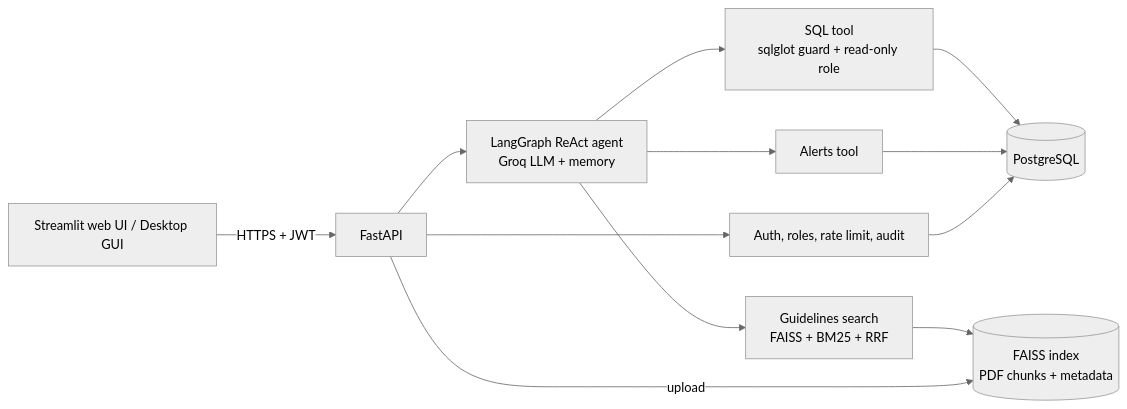
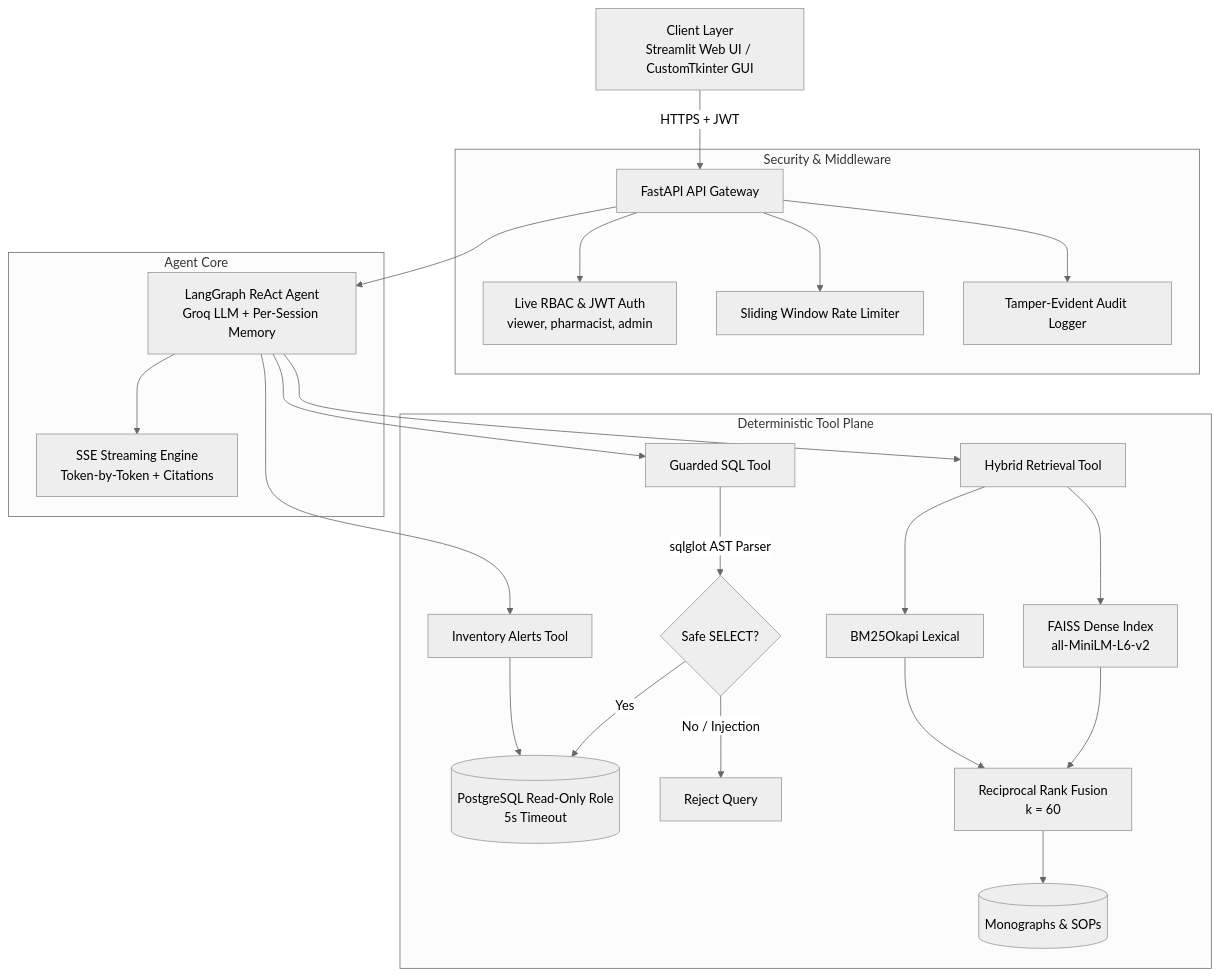
The diagram in README.md (Ahmed151-badawy/pharma_Ai_Agent), drawn with Mermaid (neutral theme) before and after one commit. The commit also changed other lines of this file, not shown here.

````diff
--- a/README.md
+++ b/README.md
@@ -45,14 +50,32 @@
 ```mermaid
-flowchart LR
-    UI[Streamlit web UI / Desktop GUI] -- HTTPS + JWT --> API[FastAPI]
-    API --> AUTH[Auth, roles, rate limit, audit]
-    API --> AGENT[LangGraph ReAct agent<br/>Groq LLM + memory]
-    AGENT --> T1[SQL tool<br/>sqlglot guard + read-only role]
-    AGENT --> T2[Guidelines search<br/>FAISS + BM25 + RRF]
-    AGENT --> T3[Alerts tool]
-    T1 --> PG[(PostgreSQL)]
-    T3 --> PG
-    AUTH --> PG
-    T2 --> IDX[(FAISS index<br/>PDF chunks + metadata)]
-    API -- upload --> IDX
+flowchart TD
+    Client[Client Layer<br/>Streamlit Web UI / CustomTkinter GUI] -->|HTTPS + JWT| Gateway[FastAPI API Gateway]
+
+    subgraph Security & Middleware
+        Gateway --> Auth[Live RBAC & JWT Auth<br/>viewer, pharmacist, admin]
+        Gateway --> RateLimit[Sliding Window Rate Limiter]
+        Gateway --> Audit[Tamper-Evident Audit Logger]
+    end
+
+    subgraph Agent Core
+        Gateway --> Agent[LangGraph ReAct Agent<br/>Groq LLM + Per-Session Memory]
+        Agent --> SSE[SSE Streaming Engine<br/>Token-by-Token + Citations]
+    end
+
+    subgraph Deterministic Tool Plane
+        Agent --> T1[Guarded SQL Tool]
+        Agent --> T2[Hybrid Retrieval Tool]
+        Agent --> T3[Inventory Alerts Tool]
+
+        T1 -->|sqlglot AST Parser| Guard{Safe SELECT?}
+        Guard -->|Yes| PG_RO[(PostgreSQL Read-Only Role<br/>5s Timeout)]
+        Guard -->|No / Injection| Rej[Reject Query]
+
+        T2 --> Dense[FAISS Dense Index<br/>all-MiniLM-L6-v2]
+        T2 --> Sparse[BM25Okapi Lexical]
+        Dense & Sparse --> RRF[Reciprocal Rank Fusion<br/>k = 60]
+        RRF --> Docs[(Monographs & SOPs)]
+
+        T3 --> PG_RO
+    end
 ```
````
